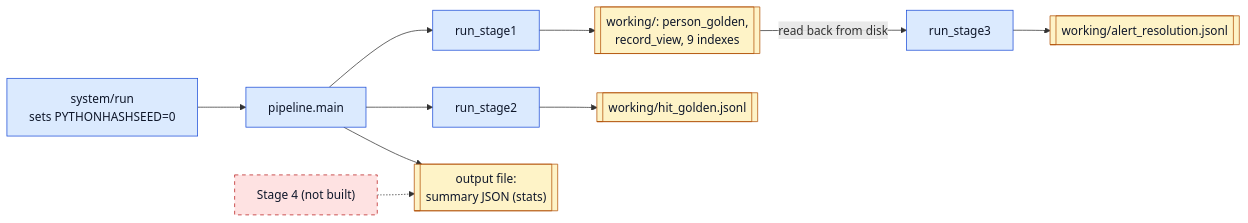
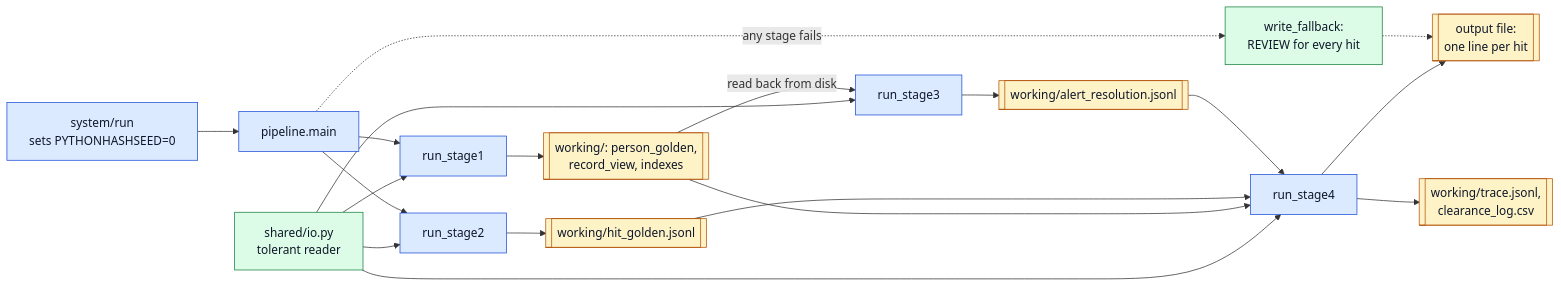
The diagram in docs/shared-and-pipeline.md (nehamungale/sanctions-screening), drawn with Mermaid before and after one commit. The commit also changed other lines of this file and 5 other files, not shown here.

First line of the commit message:
docs: Stage 4 is built; refactor statuses and failure handling

````diff
--- a/docs/shared-and-pipeline.md
+++ b/docs/shared-and-pipeline.md
@@ -14,12 +14,14 @@
 ```mermaid
 flowchart LR
   classDef code fill:#dbeafe,stroke:#1d4ed8,color:#0f172a
   classDef file fill:#fef3c7,stroke:#b45309,color:#0f172a
-  classDef todo fill:#fee2e2,stroke:#b91c1c,color:#0f172a,stroke-dasharray: 5 5
+  classDef safe fill:#dcfce7,stroke:#15803d,color:#0f172a
   R["system/run<br/>sets PYTHONHASHSEED=0"]:::code --> P["pipeline.main"]:::code
-  P --> S1["run_stage1"]:::code --> W1[["working/: person_golden,<br/>record_view, 9 indexes"]]:::file
+  IO["shared/io.py<br/>tolerant reader"]:::safe --> S1 & S2 & S3 & S4
+  P --> S1["run_stage1"]:::code --> W1[["working/: person_golden,<br/>record_view, indexes"]]:::file
   P --> S2["run_stage2"]:::code --> W2[["working/hit_golden.jsonl"]]:::file
   W1 -- "read back from disk" --> S3["run_stage3"]:::code --> W3[["working/alert_resolution.jsonl"]]:::file
-  P --> OUT[["output file:<br/>summary JSON (stats)"]]:::file
-  S4["Stage 4 (not built)"]:::todo -.-> OUT
+  W1 & W2 & W3 --> S4["run_stage4"]:::code --> OUT[["output file:<br/>one line per hit"]]:::file
+  S4 --> T[["working/trace.jsonl,<br/>clearance_log.csv"]]:::file
+  P -. "any stage fails" .-> FB["write_fallback:<br/>REVIEW for every hit"]:::safe -.-> OUT
 ```
````
